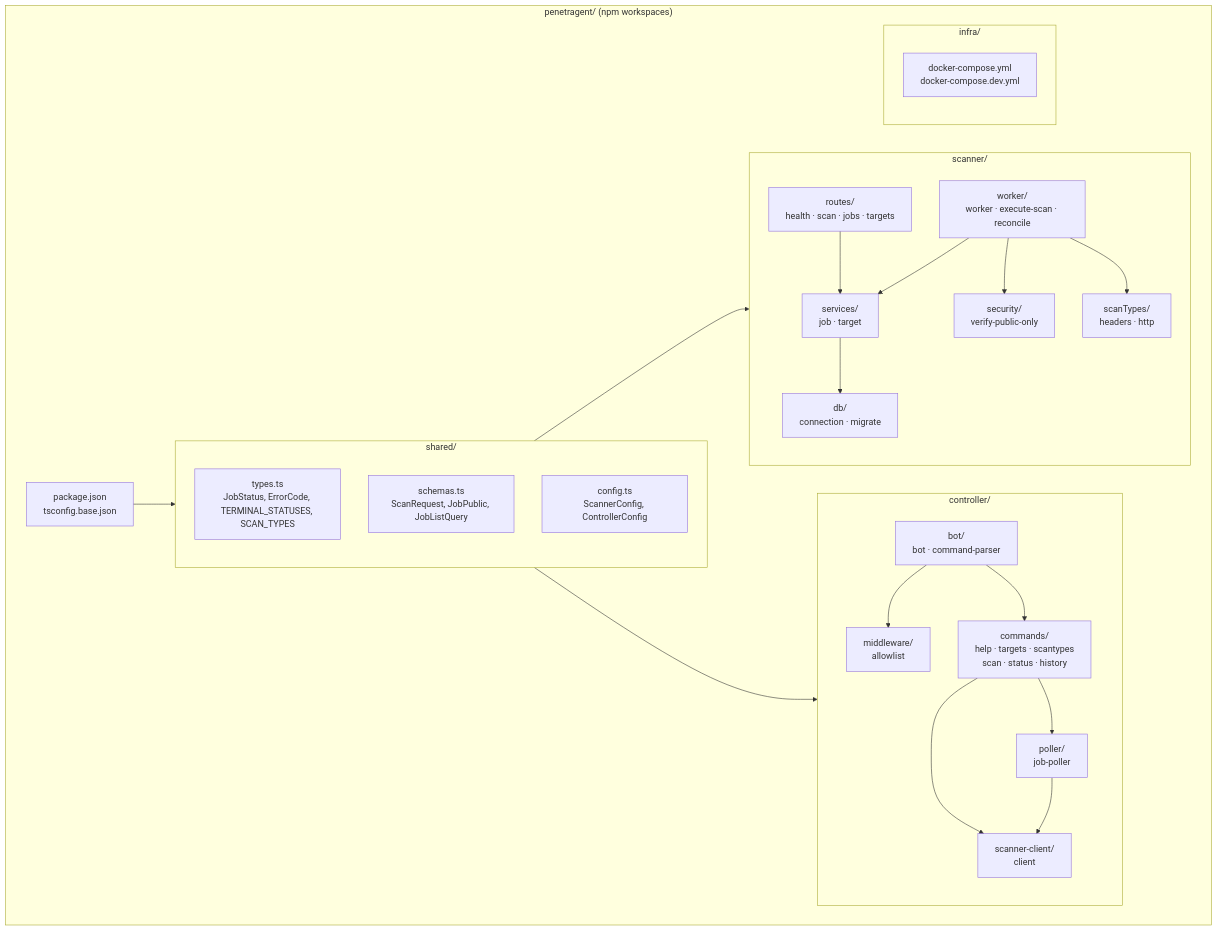
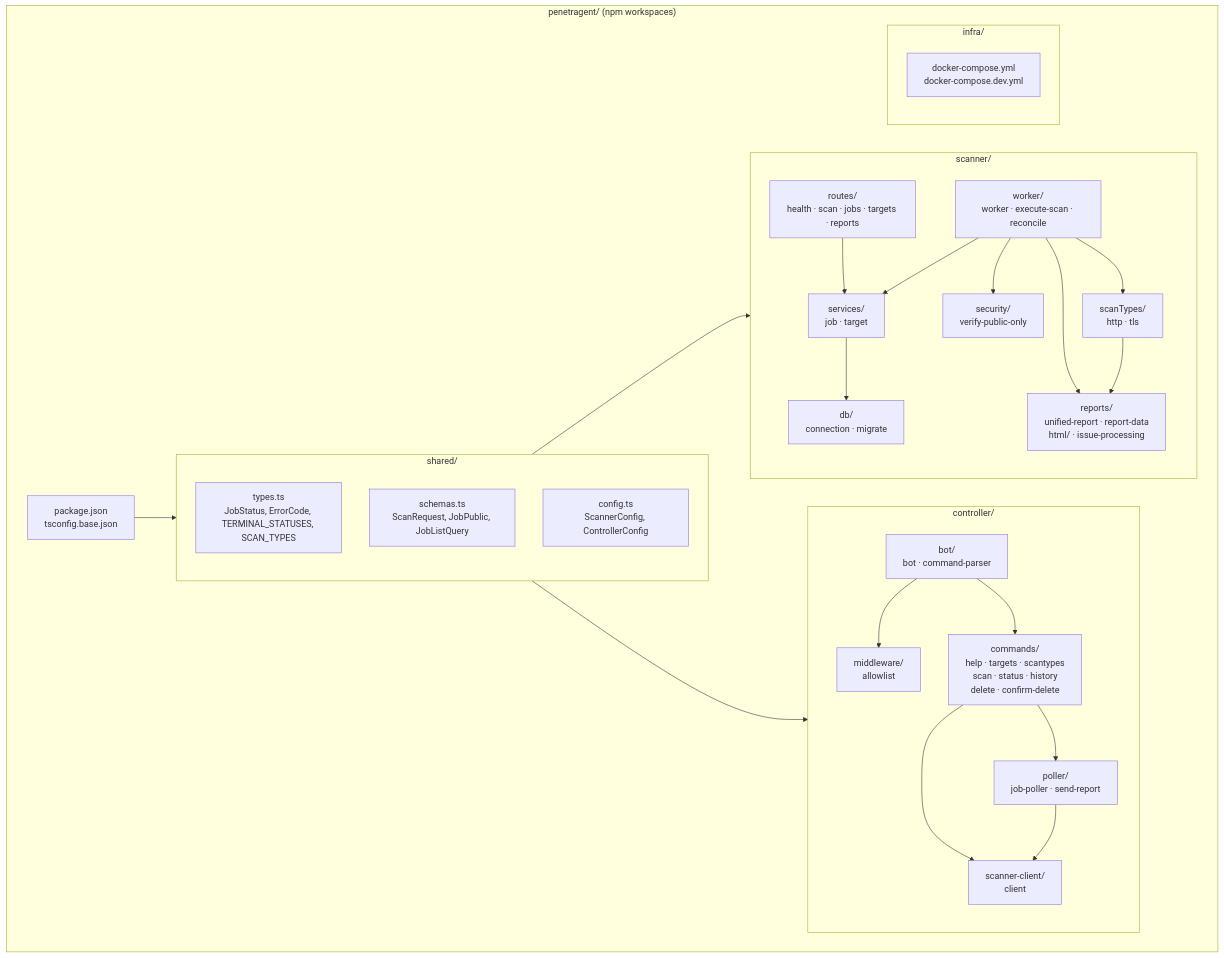
The diagram in docs/howitworks/01-monorepo-structure.md (kirinmurphy/pentegent), drawn with Mermaid before and after one commit. The commit also changed 15 other files, not shown here.

Commit message:
docs updates and scan/report examples (#3)

````diff
--- a/docs/howitworks/01-monorepo-structure.md
+++ b/docs/howitworks/01-monorepo-structure.md
@@ -3,47 +3,50 @@
 ```mermaid
 graph TB
     subgraph "penetragent/ (npm workspaces)"
         ROOT["package.json<br/>tsconfig.base.json"]
 
         subgraph "shared/"
             S_TYPES["types.ts<br/>JobStatus, ErrorCode, TERMINAL_STATUSES, SCAN_TYPES"]
             S_SCHEMAS["schemas.ts<br/>ScanRequest, JobPublic, JobListQuery"]
             S_CONFIG["config.ts<br/>ScannerConfig, ControllerConfig"]
         end
 
         subgraph "scanner/"
-            S_ROUTES["routes/<br/>health · scan · jobs · targets"]
+            S_ROUTES["routes/<br/>health · scan · jobs · targets · reports"]
             S_SERVICES["services/<br/>job · target"]
             S_DB["db/<br/>connection · migrate"]
             S_WORKER["worker/<br/>worker · execute-scan · reconcile"]
             S_SECURITY["security/<br/>verify-public-only"]
-            S_SCANTYPES["scanTypes/<br/>headers · http"]
+            S_SCANTYPES["scanTypes/<br/>http · tls"]
+            S_REPORTS["reports/<br/>unified-report · report-data<br/>html/ · issue-processing"]
         end
 
         subgraph "controller/"
             C_BOT["bot/<br/>bot · command-parser"]
             C_MW["middleware/<br/>allowlist"]
-            C_CMDS["commands/<br/>help · targets · scantypes<br/>scan · status · history"]
+            C_CMDS["commands/<br/>help · targets · scantypes<br/>scan · status · history<br/>delete · confirm-delete"]
             C_CLIENT["scanner-client/<br/>client"]
-            C_POLLER["poller/<br/>job-poller"]
+            C_POLLER["poller/<br/>job-poller · send-report"]
         end
 
         subgraph "infra/"
             COMPOSE["docker-compose.yml<br/>docker-compose.dev.yml"]
         end
     end
 
     ROOT --> shared/
     shared/ --> scanner/
     shared/ --> controller/
     S_ROUTES --> S_SERVICES
     S_SERVICES --> S_DB
     S_WORKER --> S_SERVICES
     S_WORKER --> S_SECURITY
     S_WORKER --> S_SCANTYPES
+    S_WORKER --> S_REPORTS
+    S_SCANTYPES --> S_REPORTS
     C_BOT --> C_MW
     C_BOT --> C_CMDS
     C_CMDS --> C_CLIENT
     C_CMDS --> C_POLLER
     C_POLLER --> C_CLIENT
 ```
````
